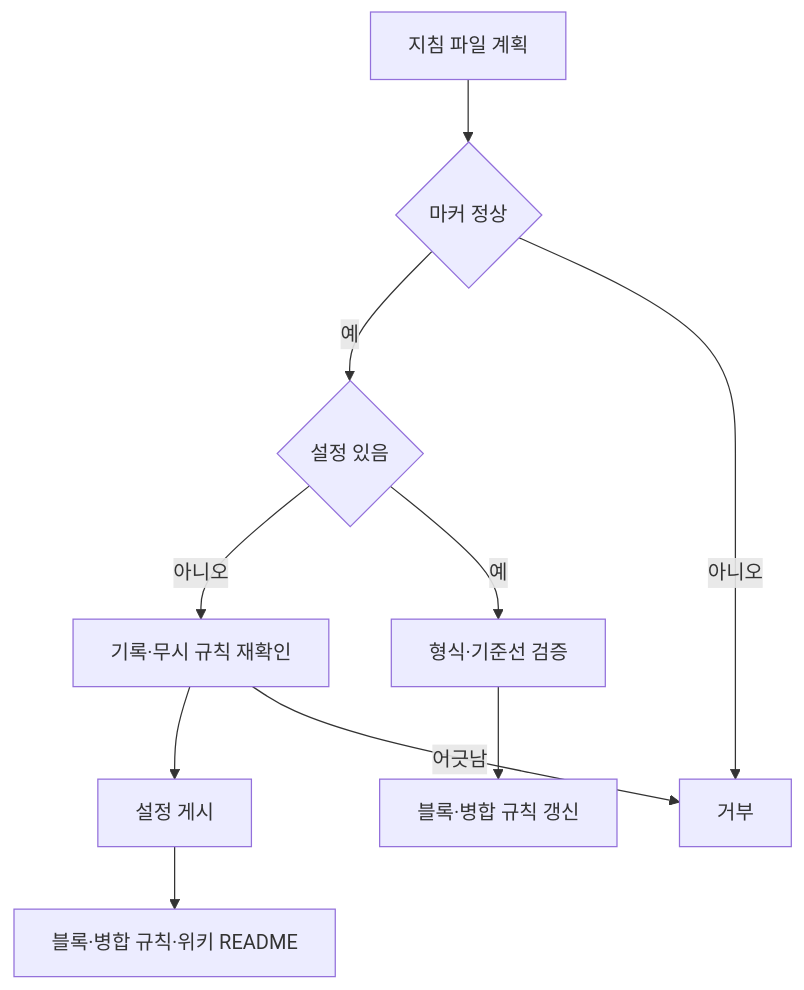
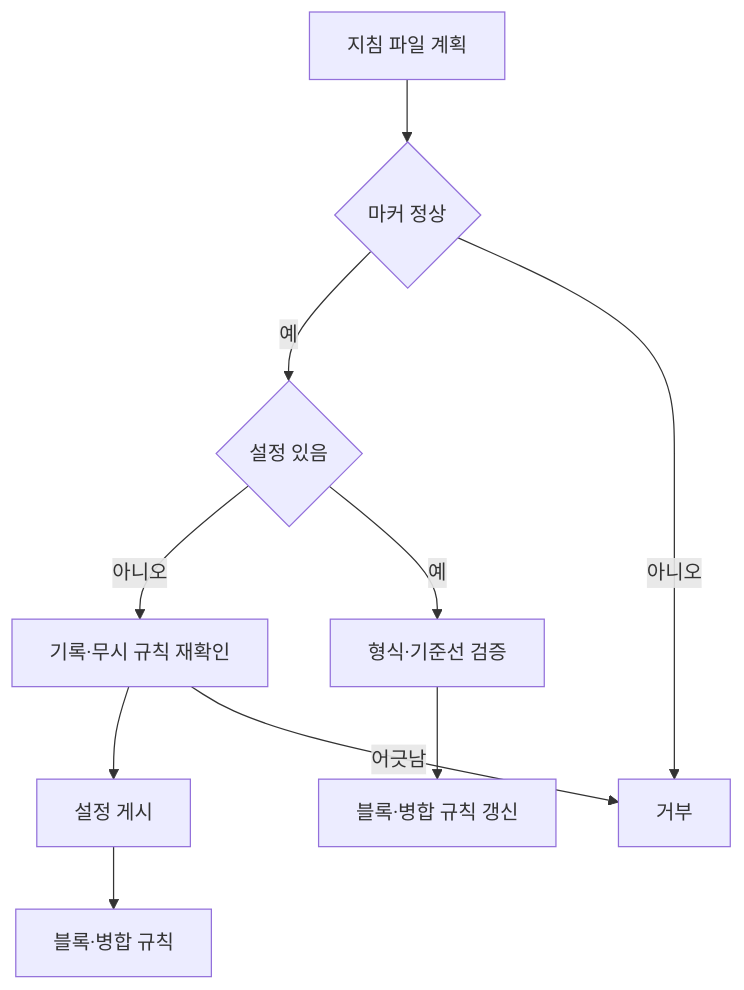
One commit to dev-goraebap/gitifact changed the diagram in .gitifact/spec/onboarding/design/overview.md. Above: the diagram before and after it, drawn with Mermaid. The commit also changed other lines of this file and 78 other files, not shown here.

````diff
--- a/.gitifact/spec/onboarding/design/overview.md
+++ b/.gitifact/spec/onboarding/design/overview.md
@@ -56,12 +56,12 @@
 ```mermaid
 flowchart TD
   A[지침 파일 계획] --> B{마커 정상}
   B -- 예 --> C{설정 있음}
   C -- 아니오 --> F[기록·무시 규칙 재확인]
   F --> H[설정 게시]
-  H --> I[블록·병합 규칙·위키 README]
+  H --> I[블록·병합 규칙]
   C -- 예 --> D[형식·기준선 검증]
   D --> E[블록·병합 규칙 갱신]
   B -- 아니오 --> X[거부]
   F -- 어긋남 --> X
 ```
````
